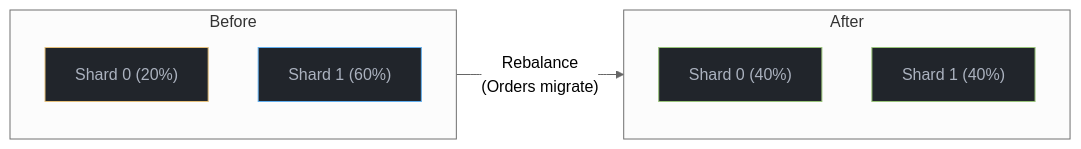
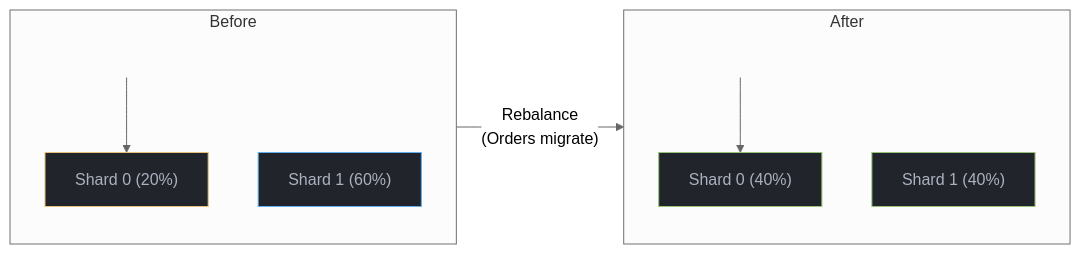
One commit to mgild/mintlify-docs changed the seventh of 8 diagrams in concepts/sharding.mdx. Above: the diagram before and after it, drawn with Mermaid (neutral theme). The commit also changed other lines of this file and 19 other files, not shown here.

````diff
--- a/concepts/sharding.mdx
+++ b/concepts/sharding.mdx
@@ -228,20 +235,26 @@
 ```mermaid
 
 flowchart LR
     subgraph Before
+        BeforeSpacer3[ ]
         B0["Shard 0 (20%)"]
         B1["Shard 1 (60%)"]
+        BeforeSpacer3 --> B0
     end
 
     Before -->|"Rebalance<br/>(Orders migrate)"| After
 
     subgraph After
+        AfterSpacer3[ ]
         A0["Shard 0 (40%)"]
         A1["Shard 1 (40%)"]
+        AfterSpacer3 --> A0
     end
 
+    style BeforeSpacer3 fill:transparent,stroke:transparent,color:transparent
+    style AfterSpacer3 fill:transparent,stroke:transparent,color:transparent
     style B0 fill:#21252b,stroke:#e5c07b,color:#abb2bf
     style B1 fill:#21252b,stroke:#61afef,color:#abb2bf
     style A0 fill:#21252b,stroke:#98c379,color:#abb2bf
     style A1 fill:#21252b,stroke:#98c379,color:#abb2bf
 ```
````
